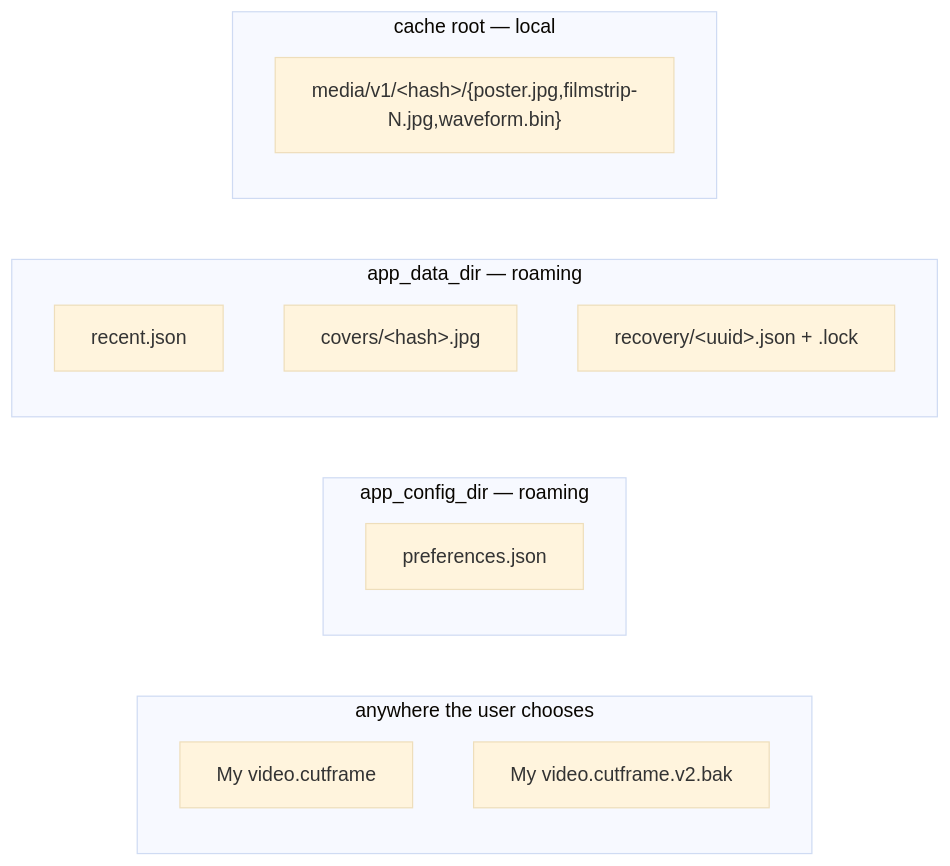
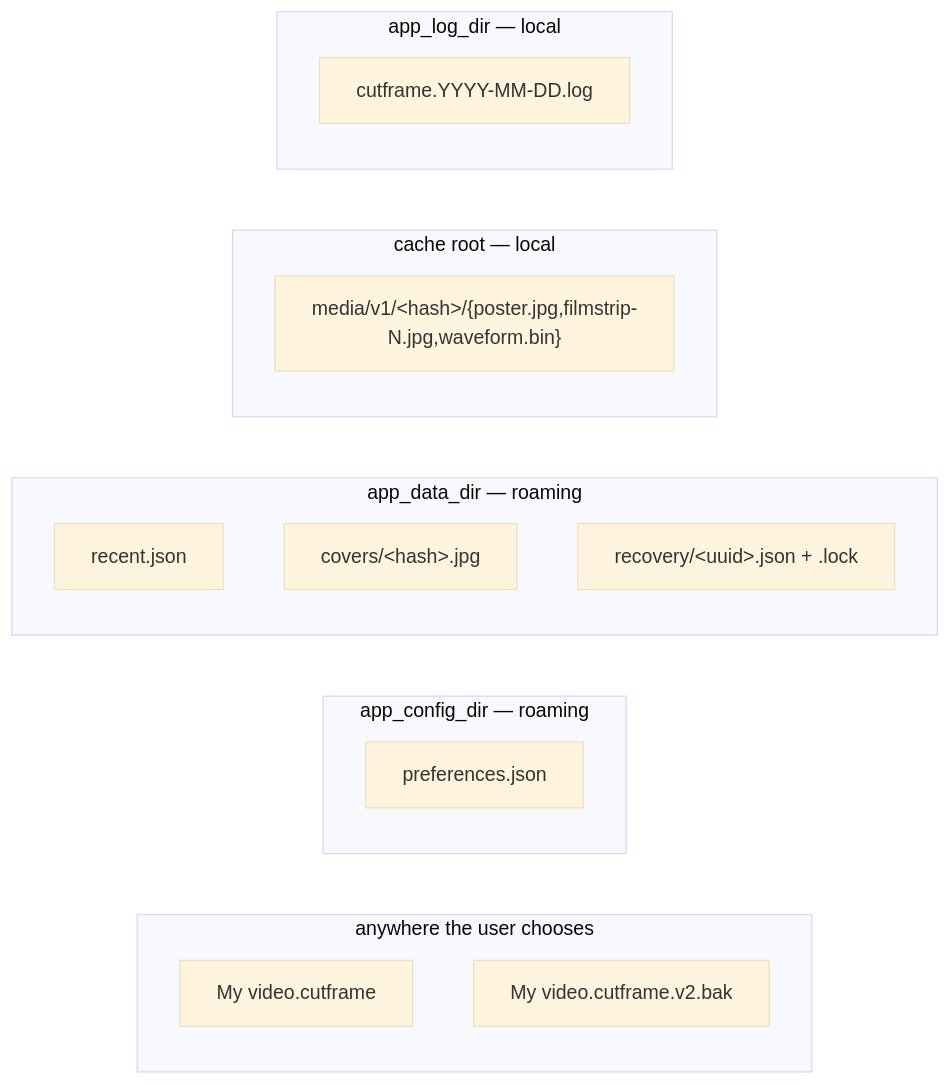
The third of 4 diagrams in docs/architecture/01-system-context.md (emicon123/cutframe), drawn with Mermaid (base theme) before and after one commit. The commit also changed other lines of this file and 11 other files, not shown here.

First line of the commit message:
feat(shell): log file, IPC failure logging, About info and open logs folder (task 0140)

````diff
--- a/docs/architecture/01-system-context.md
+++ b/docs/architecture/01-system-context.md
@@ -94,18 +94,21 @@
 ```mermaid
 flowchart LR
   subgraph project["anywhere the user chooses"]
     pf["My video.cutframe"]
     bak["My video.cutframe.v2.bak"]
   end
   subgraph config["app_config_dir — roaming"]
     prefs["preferences.json"]
   end
   subgraph data["app_data_dir — roaming"]
     recent["recent.json"]
     covers["covers/&lt;hash&gt;.jpg"]
     rec["recovery/&lt;uuid&gt;.json + .lock"]
   end
   subgraph cache["cache root — local"]
     media["media/v1/&lt;hash&gt;/{poster.jpg,filmstrip-N.jpg,waveform.bin}"]
   end
+  subgraph logs["app_log_dir — local"]
+    log["cutframe.YYYY-MM-DD.log"]
+  end
 ```
````
